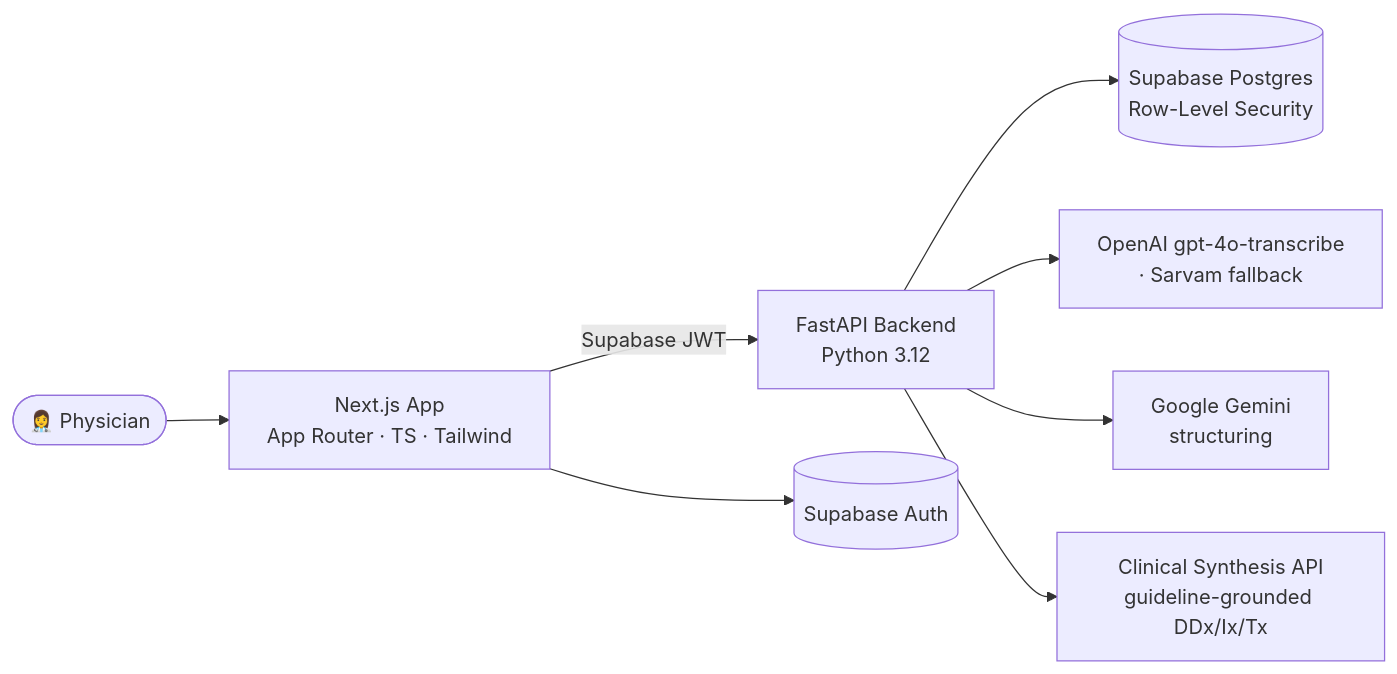
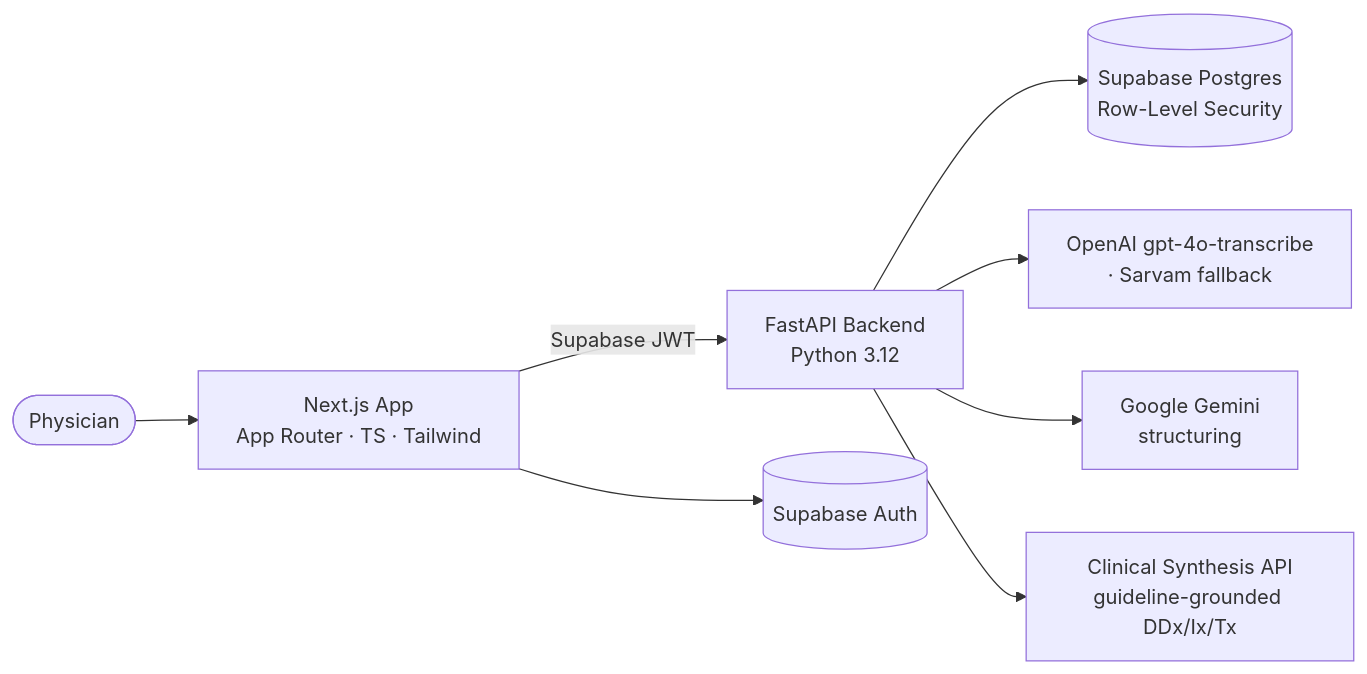
The first of 2 diagrams in README.md (zayedongit/clinical-memory-ai), drawn with Mermaid before and after one commit. The commit also changed other lines of this file, not shown here.

````diff
--- a/README.md
+++ b/README.md
@@ -44,10 +44,10 @@
 ```mermaid
 flowchart LR
-  Dr([👩‍⚕️ Physician]) --> FE[Next.js App<br/>App Router · TS · Tailwind]
+  Dr([Physician]) --> FE[Next.js App<br/>App Router · TS · Tailwind]
   FE -->|Supabase JWT| BE[FastAPI Backend<br/>Python 3.12]
   FE --> AUTH[(Supabase Auth)]
   BE --> DB[(Supabase Postgres<br/>Row-Level Security)]
   BE --> STT[OpenAI gpt-4o-transcribe<br/>· Sarvam fallback]
   BE --> LLM[Google Gemini<br/>structuring]
   BE --> SYN[Clinical Synthesis API<br/>guideline-grounded DDx/Ix/Tx]
 ```
````
